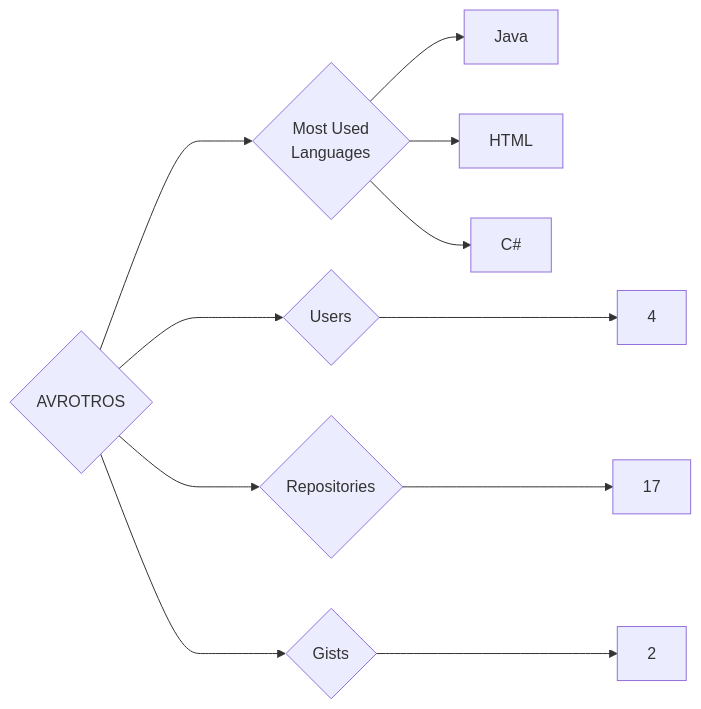
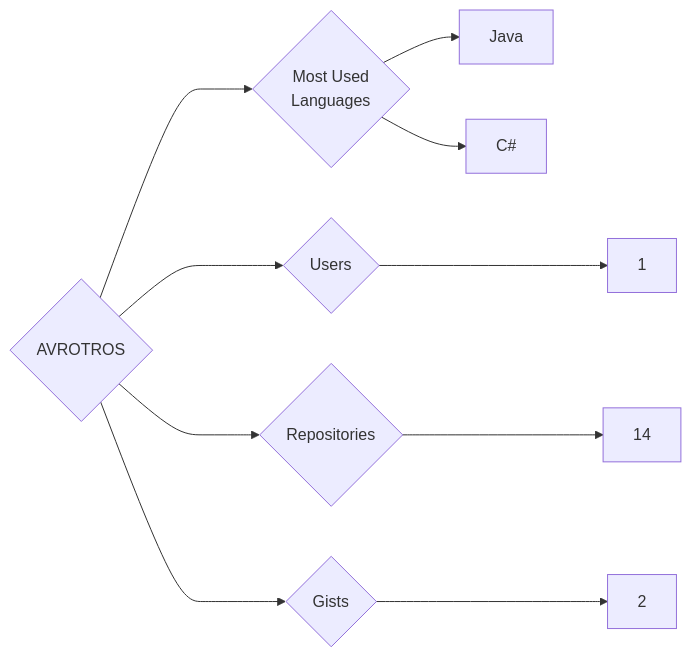
The diagram in targets/AVROTROS/README.md (trickest/insiders), drawn with Mermaid before and after one commit. The commit also changed 823 other files, not shown here.

````diff
--- a/targets/AVROTROS/README.md
+++ b/targets/AVROTROS/README.md
@@ -3,11 +3,10 @@
 ```mermaid
 graph LR
 COMPANY_NAME{AVROTROS}
-COMPANY_NAME ---> U{Users} ---> UN[4]
-COMPANY_NAME ---> R{Repositories} ---> RN[17]
+COMPANY_NAME ---> U{Users} ---> UN[1]
+COMPANY_NAME ---> R{Repositories} ---> RN[14]
 COMPANY_NAME ---> G{Gists} ---> GN[2]
 COMPANY_NAME ---> ML{Most Used<br>Languages}
 ML --> Java[Java]
-ML --> HTML[HTML]
 ML --> C#[C#]
 ```
````
